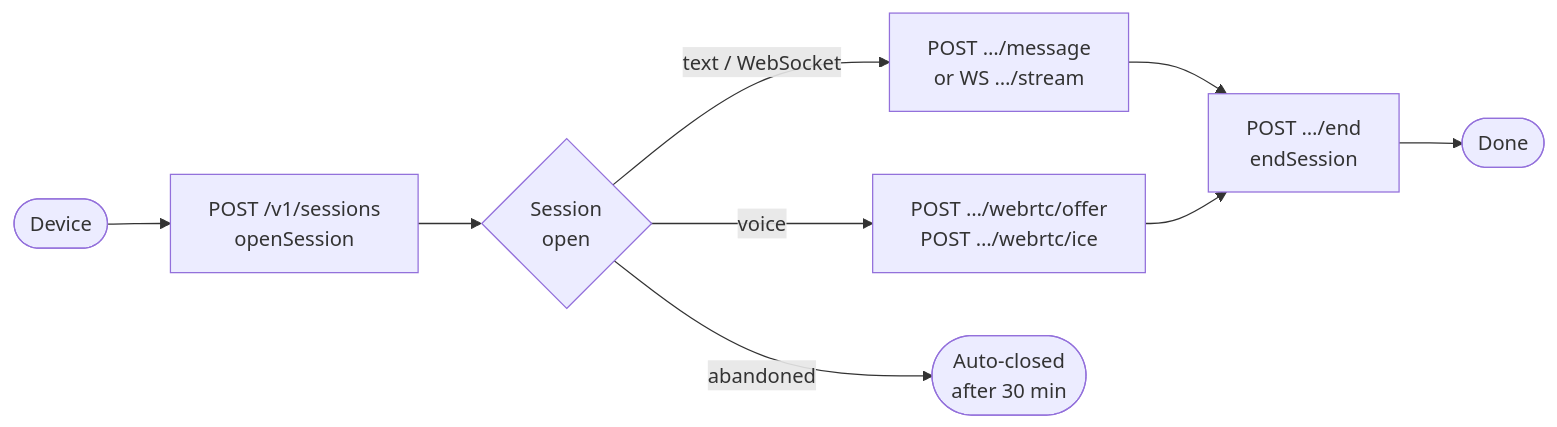
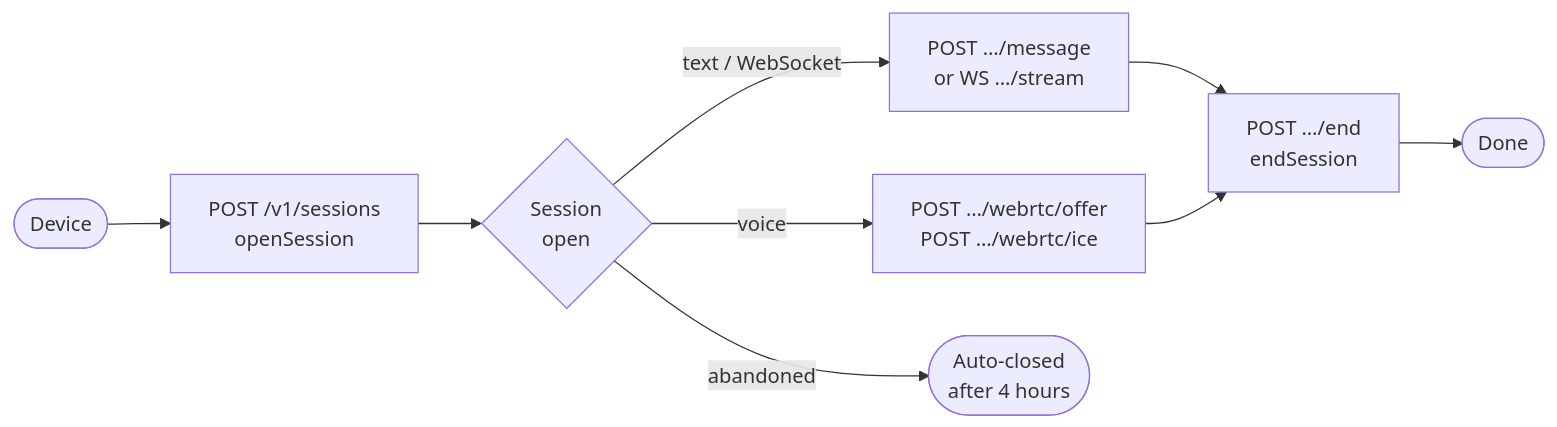
The diagram in concepts/session-lifecycle.mdx (humain-ai/kiosk-docs), drawn with Mermaid before and after one commit. The commit also changed other lines of this file and 45 other files, not shown here.

````diff
--- a/concepts/session-lifecycle.mdx
+++ b/concepts/session-lifecycle.mdx
@@ -8,11 +8,11 @@
 ```mermaid
 flowchart LR
   A([Device]) --> B[POST /v1/sessions\nopenSession]
   B --> C{Session\nopen}
   C -->|text / WebSocket| D[POST …/message\nor WS …/stream]
   C -->|voice| E[POST …/webrtc/offer\nPOST …/webrtc/ice]
   D --> F[POST …/end\nendSession]
   E --> F
   F --> G([Done])
-  C -->|abandoned| H([Auto-closed\nafter 30 min])
+  C -->|abandoned| H([Auto-closed\nafter 4 hours])
 ```
````
